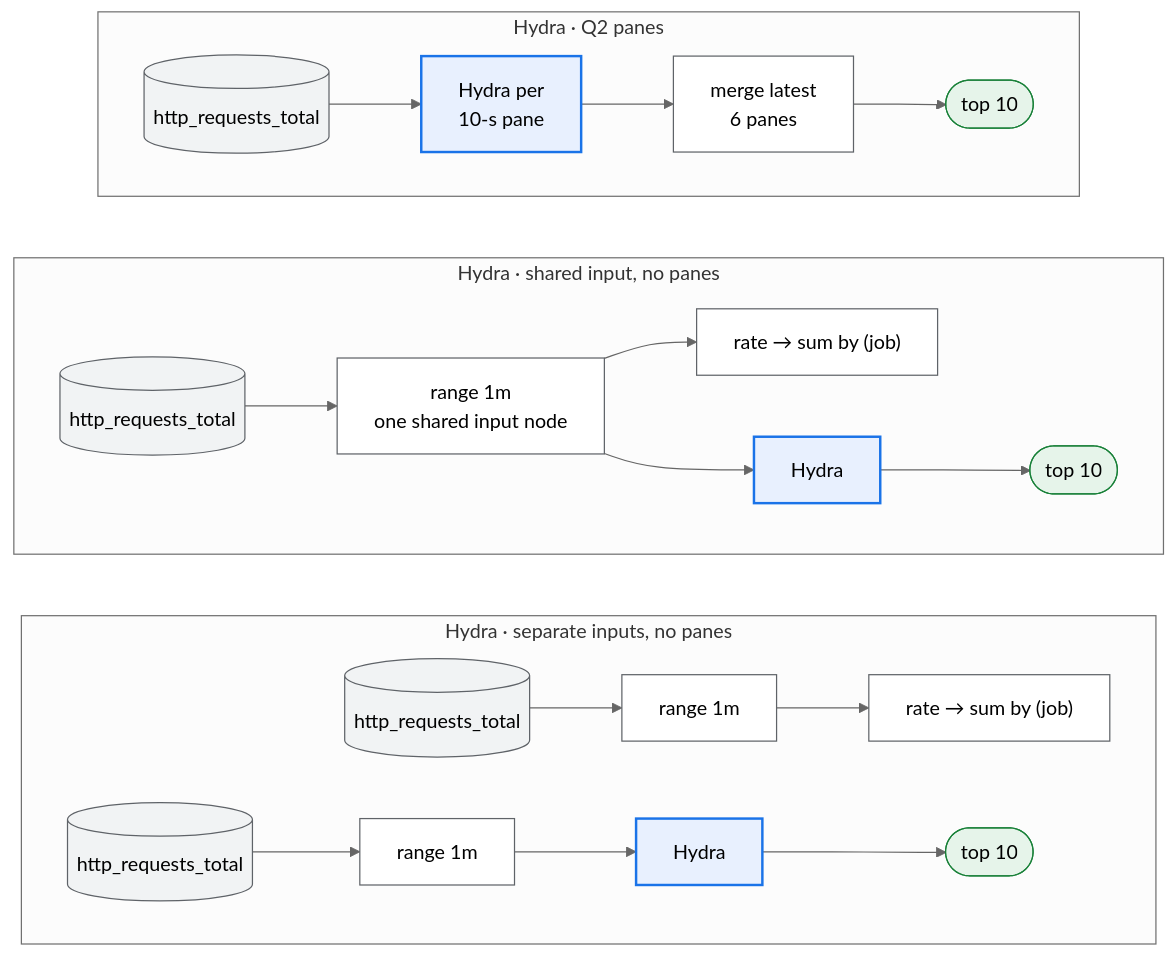
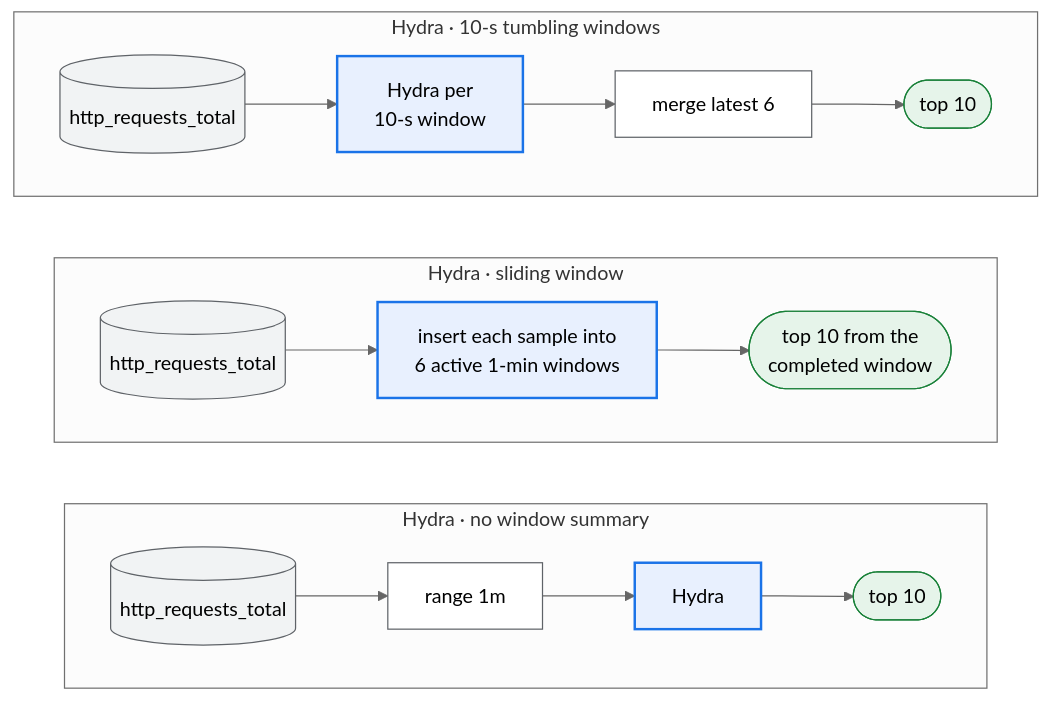
Before and after one commit to ProjectASAP/ASAPPlanner: the third of 10 diagrams in docs/design_docs/proposals/planner-layering.md, drawn with Mermaid (neutral theme). The commit also changed other lines of this file, not shown here.

````diff
--- a/docs/design_docs/proposals/planner-layering.md
+++ b/docs/design_docs/proposals/planner-layering.md
@@ -451,22 +463,19 @@
 ```mermaid
 flowchart LR
-  subgraph SEP["Hydra · separate inputs, no panes"]
+  subgraph NO["Hydra · no window summary"]
     direction LR
-    a1[("http_requests_total")]:::data --> a2["range 1m"]:::exact --> a3["rate → sum by (job)"]:::exact
-    b1[("http_requests_total")]:::data --> b2["range 1m"]:::exact --> b3["Hydra"]:::summary --> b4(["top 10"]):::estimate
+    a1[("http_requests_total")]:::data --> a2["range 1m"]:::exact --> a3["Hydra"]:::summary --> a4(["top 10"]):::estimate
   end
-  subgraph SH["Hydra · shared input, no panes"]
+  subgraph SL["Hydra · sliding window"]
     direction LR
-    c1[("http_requests_total")]:::data --> c2["range 1m<br/>one shared input node"]:::exact
-    c2 --> c3["rate → sum by (job)"]:::exact
-    c2 --> c4["Hydra"]:::summary --> c5(["top 10"]):::estimate
+    b1[("http_requests_total")]:::data --> b2["insert each sample into<br/>6 active 1-min windows"]:::summary --> b3(["top 10 from the<br/>completed window"]):::estimate
   end
-  subgraph PN["Hydra · Q2 panes"]
+  subgraph TU["Hydra · 10-s tumbling windows"]
     direction LR
-    d1[("http_requests_total")]:::data --> d2["Hydra per<br/>10-s pane"]:::summary --> d3["merge latest<br/>6 panes"]:::exact --> d4(["top 10"]):::estimate
+    c1[("http_requests_total")]:::data --> c2["Hydra per<br/>10-s window"]:::summary --> c3["merge latest 6"]:::exact --> c4(["top 10"]):::estimate
   end
   classDef data fill:#f1f3f4,stroke:#5f6368,color:#000;
   classDef exact fill:#fff,stroke:#5f6368,color:#000;
   classDef summary fill:#e8f0fe,stroke:#1a73e8,stroke-width:2px,color:#000;
   classDef estimate fill:#e6f4ea,stroke:#188038,color:#000;
 ```
````
